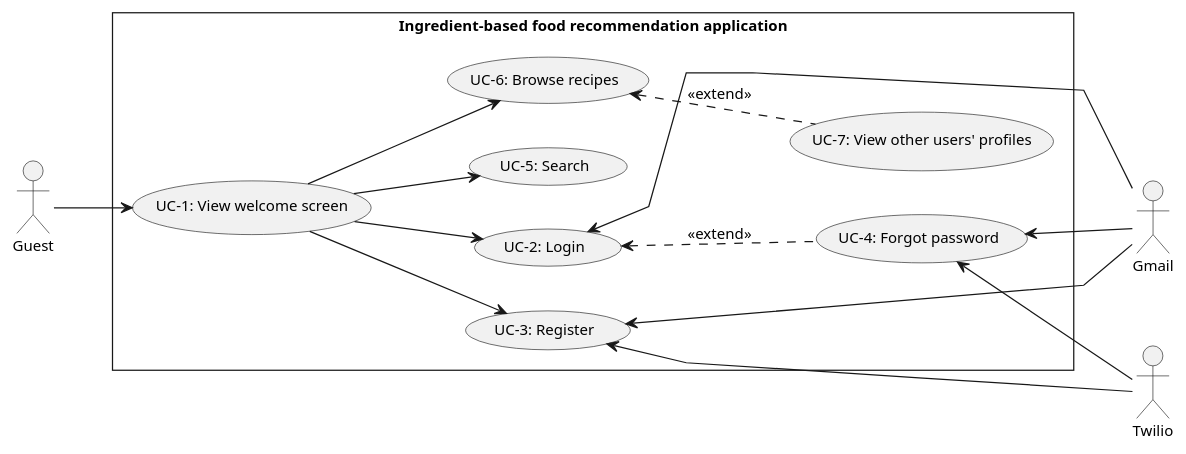
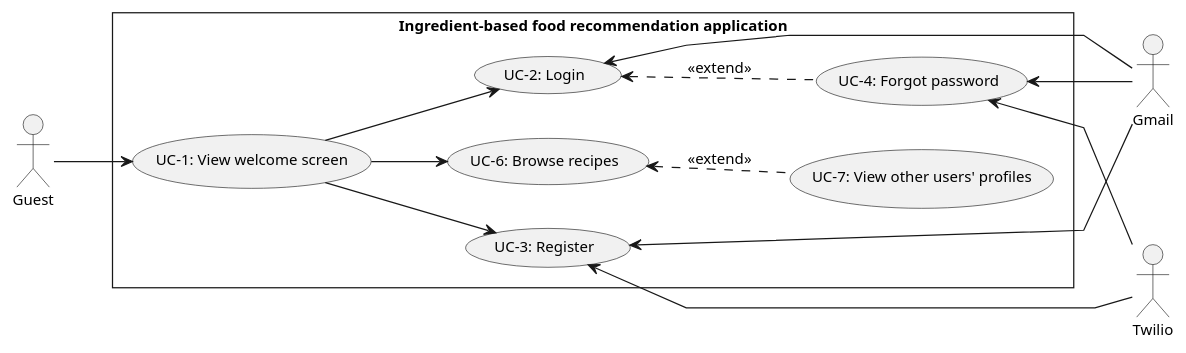
The diagram in doc/SRS/Usecase/GuestUsecase/GuestUsecase.plantuml (Carl-Johnsons/tastopia), drawn with PlantUML before and after one commit. The commit also changed 4 other files, not shown here.

```diff
--- a/doc/SRS/Usecase/GuestUsecase/GuestUsecase.plantuml
+++ b/doc/SRS/Usecase/GuestUsecase/GuestUsecase.plantuml
@@ -1,34 +1,32 @@
 @startuml GuestUsecase
 skinparam style strictuml
 skinparam monochrome true
 skinparam linetype polyline
 skinparam defaultFontSize 12
 left to right direction
 actor "Guest" as guest
 actor "Gmail" as gmail
 actor "Twilio"as twilio
 
 rectangle Ingredient-based<U+0020>food<U+0020>recommendation<U+0020>application {
     usecase "UC-1: View welcome screen" as ucViewWelcome
     usecase "UC-2: Login" as ucLogin
     usecase "UC-3: Register" as ucRegister
     usecase "UC-4: Forgot password" as ucForgotPassword
-    usecase "UC-5: Search" as ucSearch
     usecase "UC-6: Browse recipes" as ucBrowseRecipes
     usecase "UC-7: View other users' profiles" as ucViewUSProfile
 }
 
 guest --> ucViewWelcome
     ucViewWelcome --> ucLogin
         ucLogin <.. ucForgotPassword : <<extend>>
     ucViewWelcome --> ucRegister
-    ucViewWelcome --> ucSearch
     ucViewWelcome --> ucBrowseRecipes
         ucBrowseRecipes <.. ucViewUSProfile : <<extend>>
 
 gmail -up-> ucLogin
 twilio -up-> ucForgotPassword
 gmail -up-> ucForgotPassword
 twilio -up-> ucRegister
 gmail -up-> ucRegister
 @enduml
```
